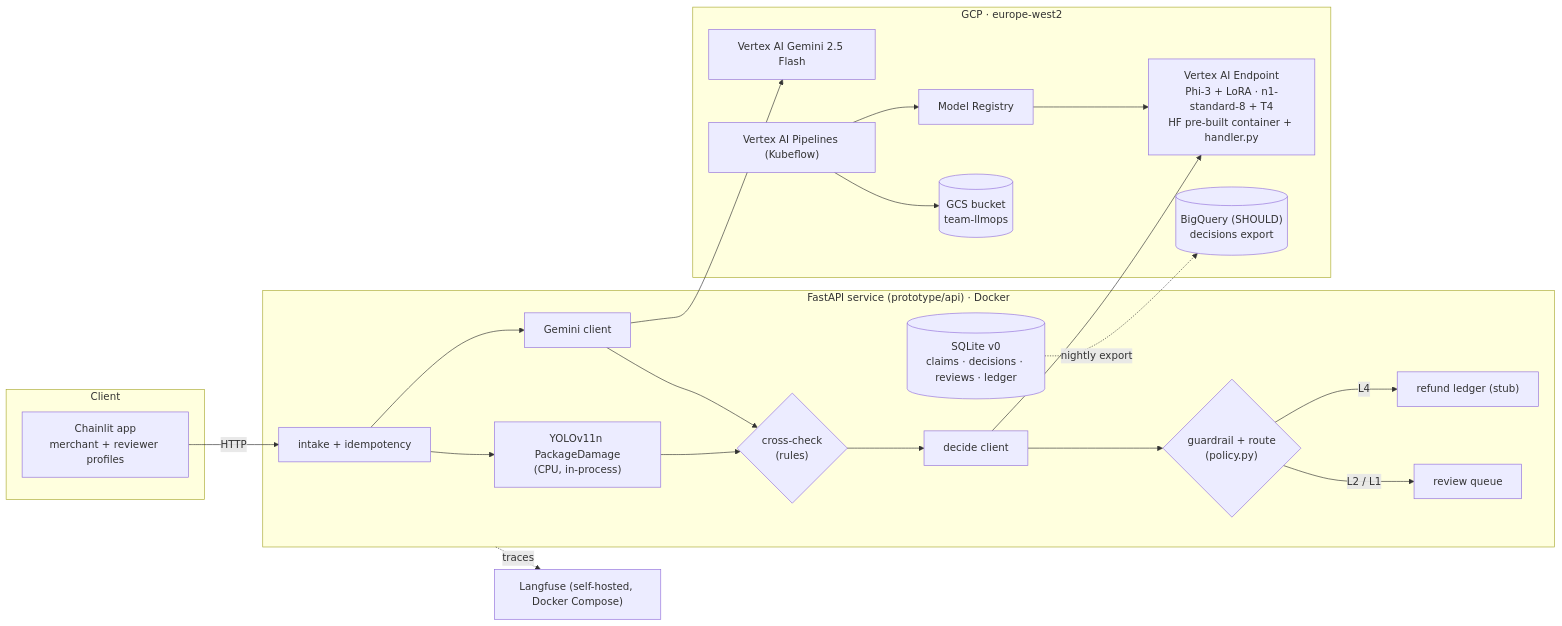
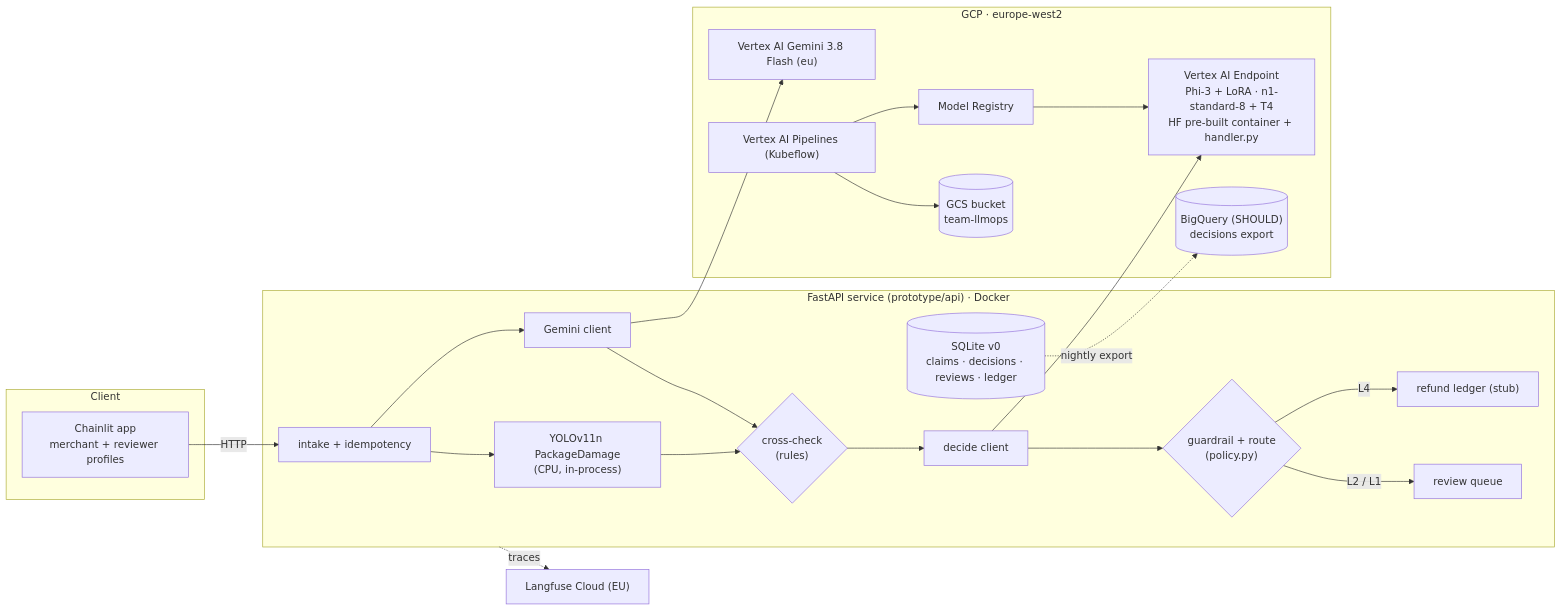
Before and after one commit to lumaruyam/parcelcheck_agent: the first of 3 diagrams in 04_architecture.md, drawn with Mermaid. The commit also changed other lines of this file and 3 other files, not shown here.

Commit message:
03 prototype link v0.1 · 04 architecture v1.3 · spec v3

````diff
--- a/04_architecture.md
+++ b/04_architecture.md
@@ -146,34 +174,34 @@
 ```mermaid
 flowchart LR
   subgraph Client
     CL["Chainlit app<br>merchant + reviewer profiles"]
   end
   subgraph API["FastAPI service (prototype/api) · Docker"]
     IN["intake + idempotency"] --> YO["YOLOv11n PackageDamage<br>(CPU, in-process)"]
     IN --> GE["Gemini client"]
     YO --> XC{"cross-check<br>(rules)"}
     GE --> XC
     XC --> DE["decide client"]
     DE --> GR{"guardrail + route<br>(policy.py)"}
     GR -->|L4| LED["refund ledger (stub)"]
     GR -->|L2 / L1| Q["review queue"]
     DB[("SQLite v0<br>claims · decisions · reviews · ledger")]
   end
   subgraph GCP["GCP · europe-west2"]
-    VG["Vertex AI Gemini 2.5 Flash"]
+    VG["Vertex AI Gemini 3.8 Flash (eu)"]
     EP["Vertex AI Endpoint<br>Phi-3 + LoRA · n1-standard-8 + T4<br>HF pre-built container + handler.py"]
     MR["Model Registry"]
     PL["Vertex AI Pipelines (Kubeflow)"]
     GCS[("GCS bucket<br>team-llmops")]
     BQ[("BigQuery (SHOULD)<br>decisions export")]
   end
-  LF["Langfuse (self-hosted, Docker Compose)"]
+  LF["Langfuse Cloud (EU)"]
 
   CL -- HTTP --> IN
   GE --> VG
   DE --> EP
   PL --> GCS
   PL --> MR --> EP
   API -. traces .-> LF
   DB -. nightly export .-> BQ
 ```
````
